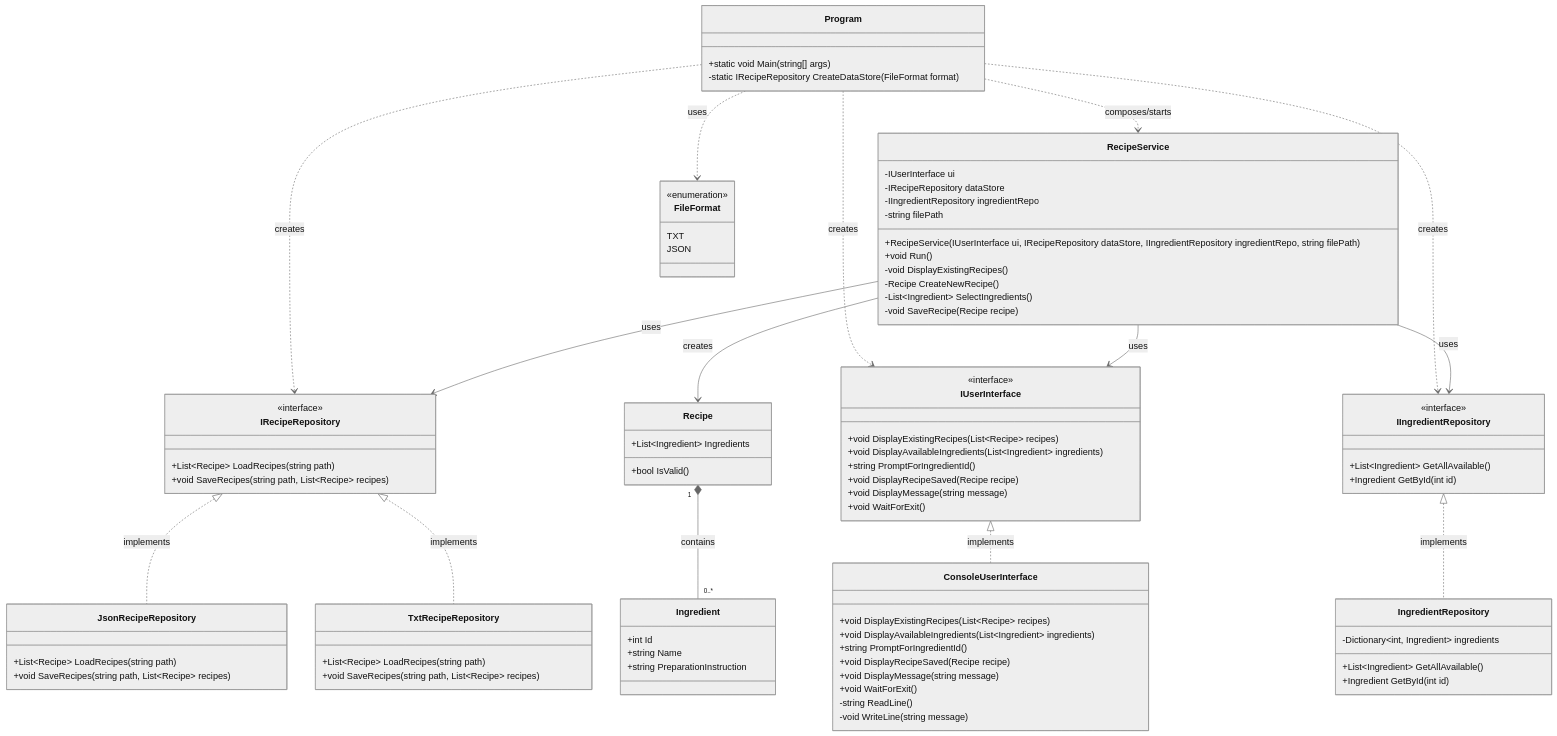
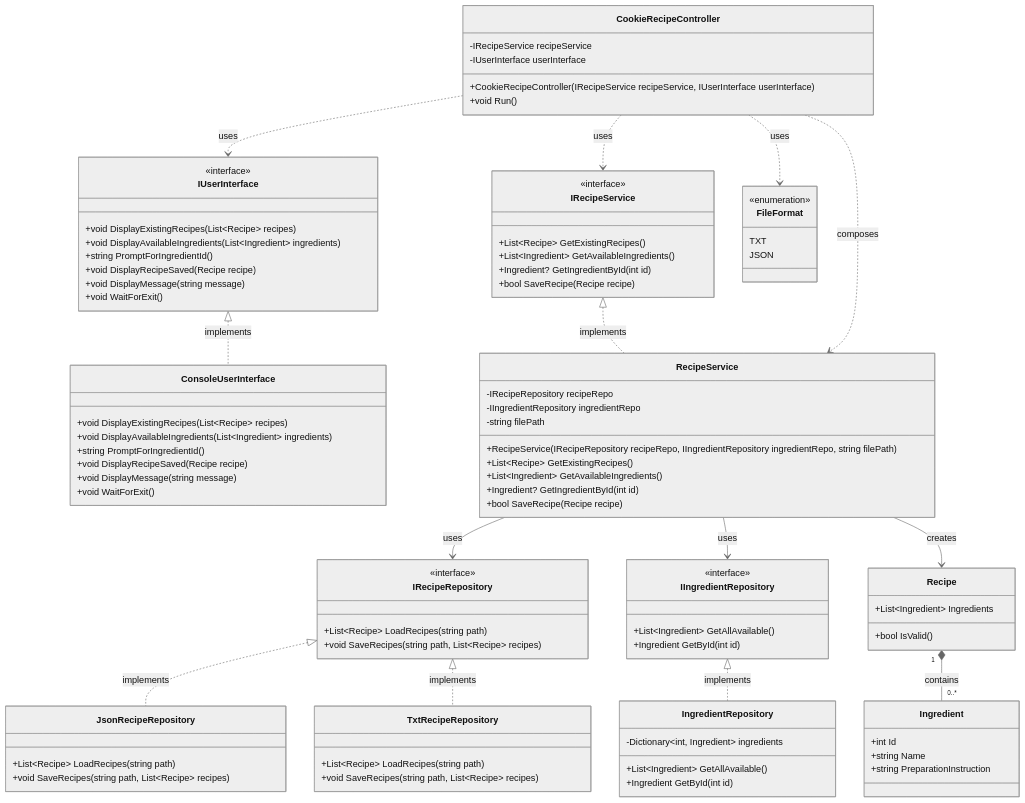
One commit to ghinnanaida/CookieCookbook changed the diagram in CookieCookbook/CookieCookbook.mmd. Above: the diagram before and after it, drawn with Mermaid (neutral theme).

Commit message:
refactor: update class diagram

```diff
--- a/CookieCookbook/CookieCookbook.mmd
+++ b/CookieCookbook/CookieCookbook.mmd
@@ -1,106 +1,112 @@
 classDiagram
     direction TB
 
     class Ingredient {
         +int Id
         +string Name
         +string PreparationInstruction
     }
     
     class Recipe {
         +List~Ingredient~ Ingredients
         +bool IsValid()
     }
     
     Recipe "1" *-- "0..*" Ingredient : contains
 
     class IRecipeRepository {
         <<interface>>
         +List~Recipe~ LoadRecipes(string path)
         +void SaveRecipes(string path, List~Recipe~ recipes)
     }
     
     class JsonRecipeRepository {
         +List~Recipe~ LoadRecipes(string path)
         +void SaveRecipes(string path, List~Recipe~ recipes)
     }
     
     class TxtRecipeRepository {
         +List~Recipe~ LoadRecipes(string path)
         +void SaveRecipes(string path, List~Recipe~ recipes)
     }
 
     IRecipeRepository <|.. JsonRecipeRepository : implements
     IRecipeRepository <|.. TxtRecipeRepository : implements
 
     class IIngredientRepository {
         <<interface>>
         +List~Ingredient~ GetAllAvailable()
         +Ingredient GetById(int id)
     }
     
     class IngredientRepository {
         -Dictionary~int, Ingredient~ ingredients
         +List~Ingredient~ GetAllAvailable()
         +Ingredient GetById(int id)
     }
 
     IIngredientRepository <|.. IngredientRepository : implements
 
     class IUserInterface {
         <<interface>>
         +void DisplayExistingRecipes(List~Recipe~ recipes)
         +void DisplayAvailableIngredients(List~Ingredient~ ingredients)
         +string PromptForIngredientId()
         +void DisplayRecipeSaved(Recipe recipe)
         +void DisplayMessage(string message)
         +void WaitForExit()
     }
     
     class ConsoleUserInterface {
         +void DisplayExistingRecipes(List~Recipe~ recipes)
         +void DisplayAvailableIngredients(List~Ingredient~ ingredients)
         +string PromptForIngredientId()
         +void DisplayRecipeSaved(Recipe recipe)
         +void DisplayMessage(string message)
         +void WaitForExit()
-        -string ReadLine()
-        -void WriteLine(string message)
     }
 
     IUserInterface <|.. ConsoleUserInterface : implements
 
+    class IRecipeService {
+        <<interface>>
+        +List~Recipe~ GetExistingRecipes()
+        +List~Ingredient~ GetAvailableIngredients()
+        +Ingredient? GetIngredientById(int id)
+        +bool SaveRecipe(Recipe recipe)
+    }
+
     class RecipeService {
-        -IUserInterface ui
-        -IRecipeRepository dataStore
+        -IRecipeRepository recipeRepo
         -IIngredientRepository ingredientRepo
         -string filePath
-        +RecipeService(IUserInterface ui, IRecipeRepository dataStore, IIngredientRepository ingredientRepo, string filePath)
-        +void Run()
-        -void DisplayExistingRecipes()
-        -Recipe CreateNewRecipe()
-        -List~Ingredient~ SelectIngredients()
-        -void SaveRecipe(Recipe recipe)
+        +RecipeService( IRecipeRepository recipeRepo, IIngredientRepository ingredientRepo, string filePath)
+        +List~Recipe~ GetExistingRecipes()
+        +List~Ingredient~ GetAvailableIngredients()
+        +Ingredient? GetIngredientById(int id)
+        +bool SaveRecipe(Recipe recipe)
     }
 
-    RecipeService --> IUserInterface : uses
+    IRecipeService <|.. RecipeService : implements
+
     RecipeService --> IRecipeRepository : uses
     RecipeService --> IIngredientRepository : uses
     RecipeService --> Recipe : creates
-
-    class Program {
-        +static void Main(string[] args)
-        -static IRecipeRepository CreateDataStore(FileFormat format)
+    
+    class CookieRecipeController {
+        -IRecipeService recipeService
+        -IUserInterface userInterface
+        +CookieRecipeController(IRecipeService recipeService, IUserInterface userInterface)
+        +void Run()
     }
     
     class FileFormat {
         <<enumeration>>
         TXT
         JSON
     }
 
-    Program ..> RecipeService : composes/starts
-    Program ..> FileFormat : uses
-    Program ..> IRecipeRepository : creates
-    Program ..> IIngredientRepository : creates
-    Program ..> IUserInterface : creates
+    CookieRecipeController ..> RecipeService : composes
+    CookieRecipeController ..> FileFormat : uses
+    CookieRecipeController ..> IRecipeService : uses
+    CookieRecipeController ..> IUserInterface : uses
```
